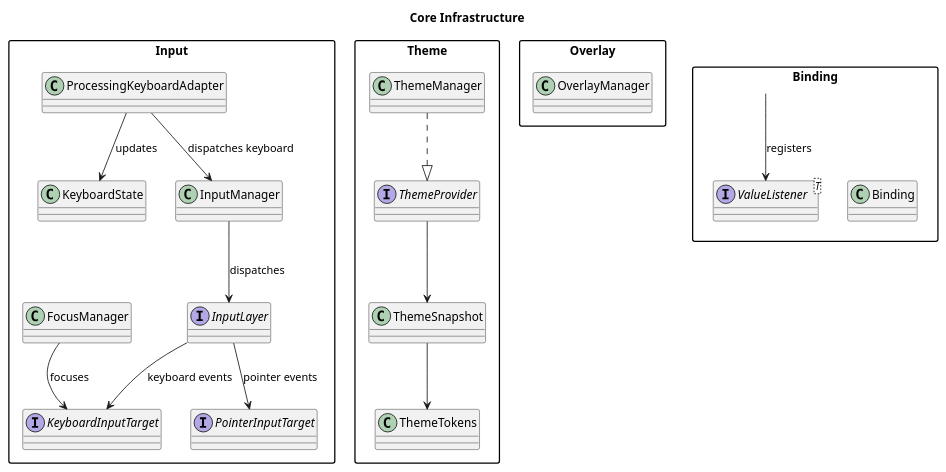
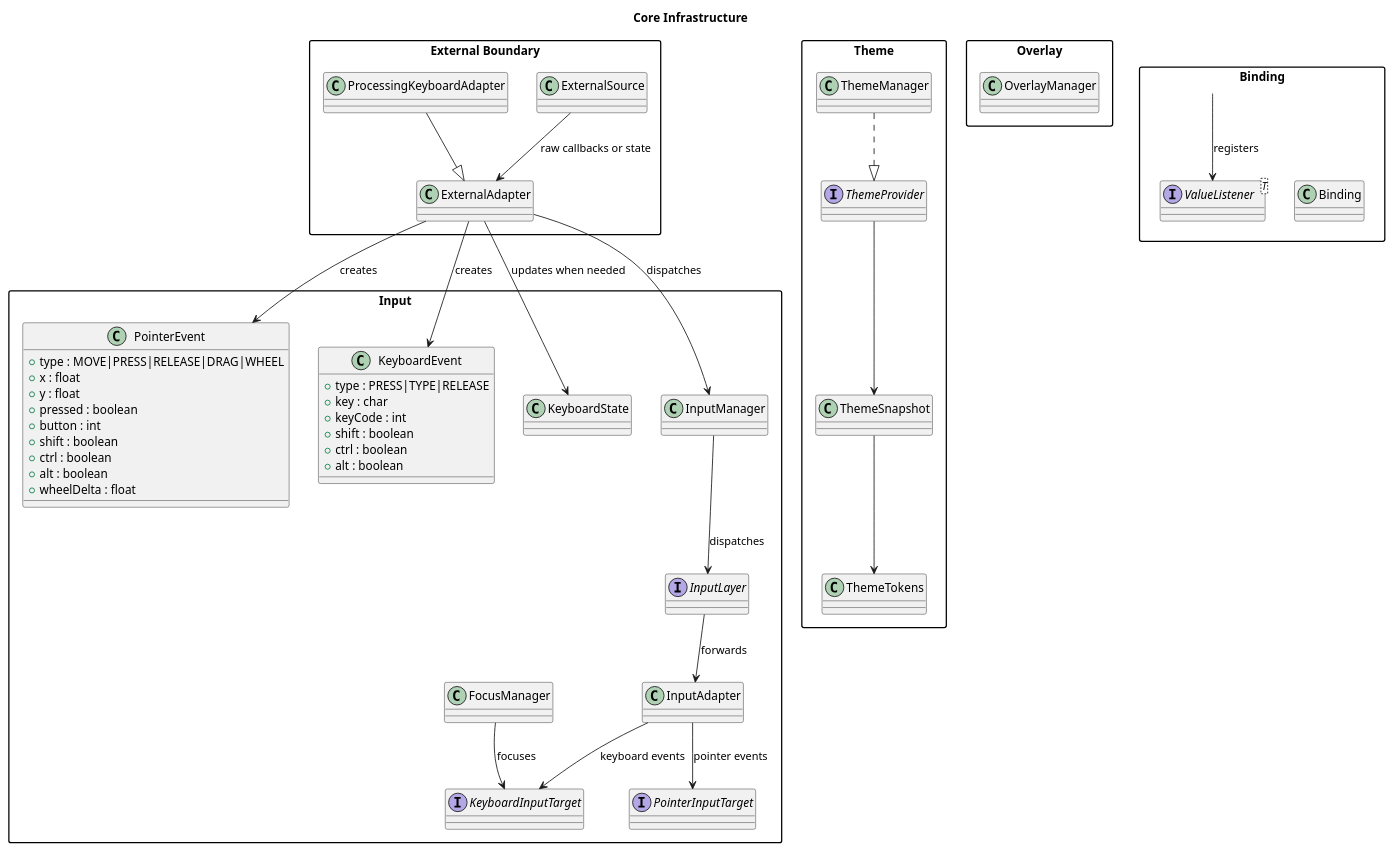
Before and after one commit to cdpoloz/cpz-mvvm-processing-controls: the diagram in docs/uml/infrastructure.puml, drawn with PlantUML. The commit also changed 13 other files, not shown here.

```diff
--- a/docs/uml/infrastructure.puml
+++ b/docs/uml/infrastructure.puml
@@ -1,44 +1,75 @@
 @startuml
 title Core Infrastructure
 skinparam packageStyle rectangle
 skinparam shadowing false
 
+package "External Boundary" {
+  class ExternalSource
+  class ExternalAdapter
+  class ProcessingKeyboardAdapter
+}
+
 package "Input" {
-  class ProcessingKeyboardAdapter
+  class PointerEvent {
+    +type : MOVE|PRESS|RELEASE|DRAG|WHEEL
+    +x : float
+    +y : float
+    +pressed : boolean
+    +button : int
+    +shift : boolean
+    +ctrl : boolean
+    +alt : boolean
+    +wheelDelta : float
+  }
+  class KeyboardEvent {
+    +type : PRESS|TYPE|RELEASE
+    +key : char
+    +keyCode : int
+    +shift : boolean
+    +ctrl : boolean
+    +alt : boolean
+  }
   class KeyboardState
   class InputManager
   interface InputLayer
+  class InputAdapter
   interface PointerInputTarget
   interface KeyboardInputTarget
   class FocusManager
 }
 
 package "Theme" {
   interface ThemeProvider
   class ThemeManager
   class ThemeSnapshot
   class ThemeTokens
 }
 
 package "Overlay" {
   class OverlayManager
 }
 
 package "Binding" {
   class Binding
   interface ValueListener<T>
 }
 
 ThemeManager ..|> ThemeProvider
 ThemeProvider --> ThemeSnapshot
 ThemeSnapshot --> ThemeTokens
 
-ProcessingKeyboardAdapter --> KeyboardState : updates
-ProcessingKeyboardAdapter --> InputManager : dispatches keyboard
+ExternalSource --> ExternalAdapter : raw callbacks or state
+ExternalAdapter --> PointerEvent : creates
+ExternalAdapter --> KeyboardEvent : creates
+ExternalAdapter --> KeyboardState : updates when needed
+ExternalAdapter --> InputManager : dispatches
+ProcessingKeyboardAdapter --|> ExternalAdapter
+
 InputManager --> InputLayer : dispatches
-InputLayer --> PointerInputTarget : pointer events
-InputLayer --> KeyboardInputTarget : keyboard events
+InputLayer --> InputAdapter : forwards
+InputAdapter --> PointerInputTarget : pointer events
+InputAdapter --> KeyboardInputTarget : keyboard events
 FocusManager --> KeyboardInputTarget : focuses
 
 Binding --> ValueListener : registers
 @enduml
```
